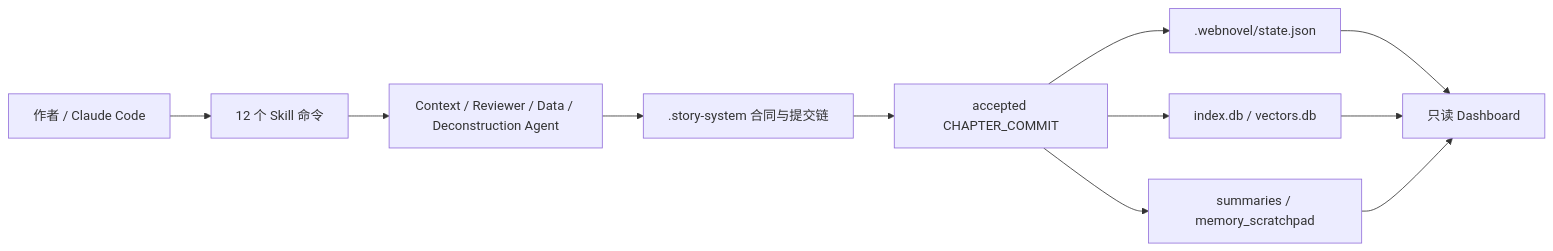
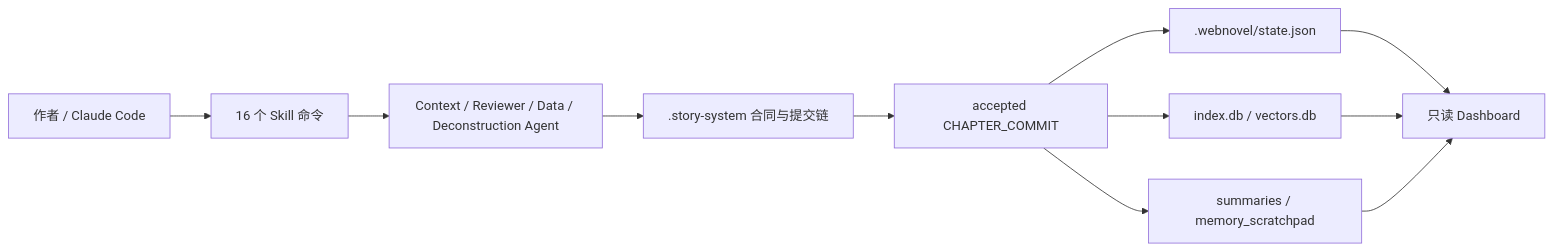
The diagram in README.md (bamboo-jzy/webnovel-writer), drawn with Mermaid before and after one commit. The commit also changed other lines of this file and 112 other files, not shown here.

````diff
--- a/README.md
+++ b/README.md
@@ -75,13 +80,13 @@
 ```mermaid
 flowchart LR
-    User[作者 / Claude Code] --> Skills[12 个 Skill 命令]
+    User[作者 / Claude Code] --> Skills[16 个 Skill 命令]
     Skills --> Agents[Context / Reviewer / Data / Deconstruction Agent]
     Agents --> Story[.story-system 合同与提交链]
     Story --> Commit[accepted CHAPTER_COMMIT]
     Commit --> State[.webnovel/state.json]
     Commit --> Index[index.db / vectors.db]
     Commit --> Summary[summaries / memory_scratchpad]
     State --> Dashboard[只读 Dashboard]
     Index --> Dashboard
     Summary --> Dashboard
 ```
````
